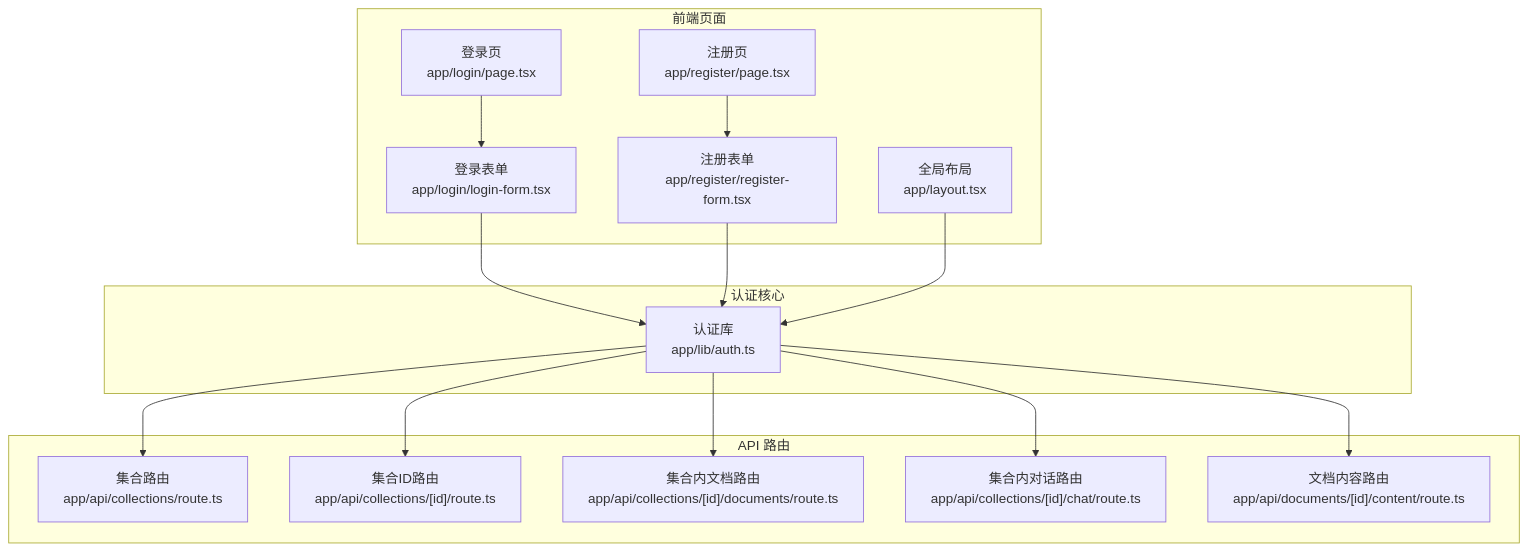
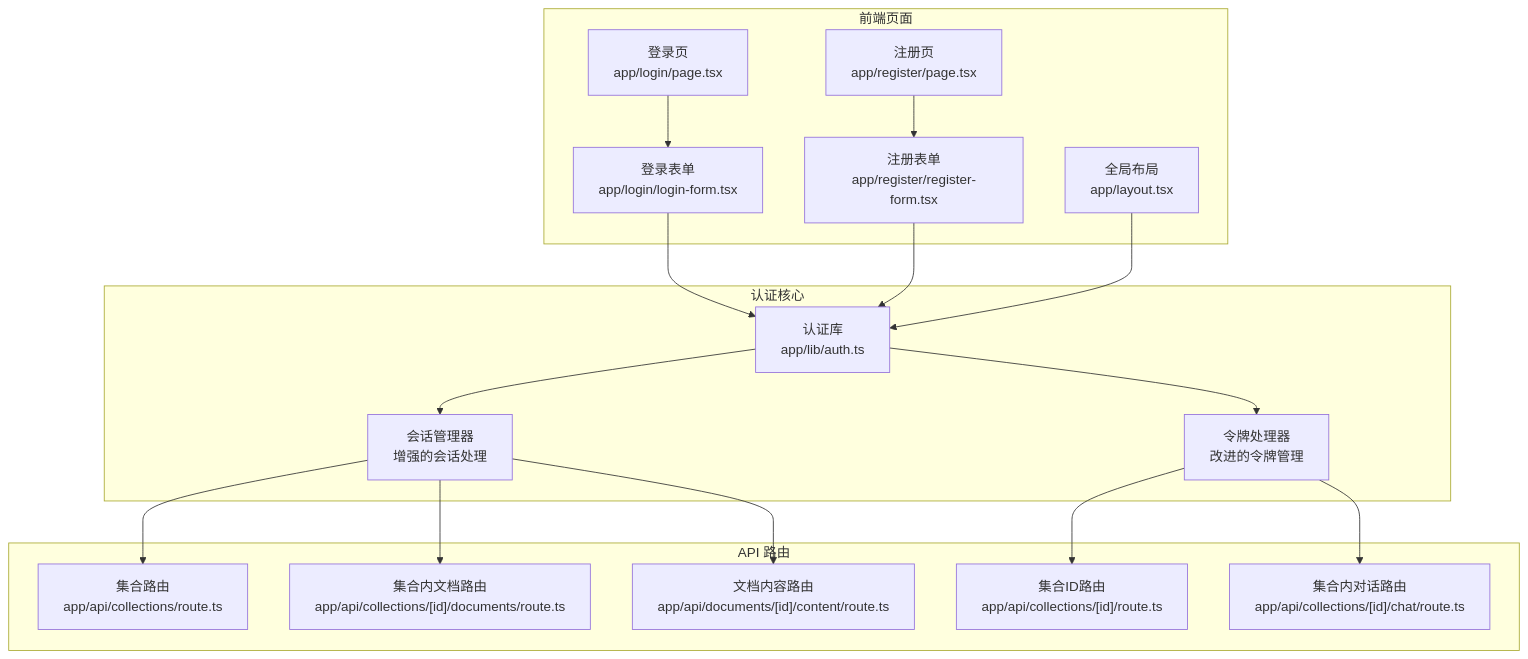
Before and after one commit to wangzihao64/RAG_Front: the first of 6 diagrams in .qoder/repowiki/zh/content/用户认证系统.md, drawn with Mermaid. The commit also changed other lines of this file and 29 other files, not shown here.

````diff
--- a/.qoder/repowiki/zh/content/用户认证系统.md
+++ b/.qoder/repowiki/zh/content/用户认证系统.md
@@ -41,30 +50,34 @@
 ```mermaid
 graph TB
 subgraph "前端页面"
 Login["登录页<br/>app/login/page.tsx"]
 LoginForm["登录表单<br/>app/login/login-form.tsx"]
 Register["注册页<br/>app/register/page.tsx"]
 RegisterForm["注册表单<br/>app/register/register-form.tsx"]
 Layout["全局布局<br/>app/layout.tsx"]
 end
 subgraph "认证核心"
 AuthLib["认证库<br/>app/lib/auth.ts"]
+SessionMgr["会话管理器<br/>增强的会话处理"]
+TokenHandler["令牌处理器<br/>改进的令牌管理"]
 end
 subgraph "API 路由"
 CollectionsRoute["集合路由<br/>app/api/collections/route.ts"]
 CollectionIdRoute["集合ID路由<br/>app/api/collections/[id]/route.ts"]
 DocumentsRoute["集合内文档路由<br/>app/api/collections/[id]/documents/route.ts"]
 ChatRoute["集合内对话路由<br/>app/api/collections/[id]/chat/route.ts"]
 DocContentRoute["文档内容路由<br/>app/api/documents/[id]/content/route.ts"]
 end
 Login --> LoginForm
 Register --> RegisterForm
 LoginForm --> AuthLib
 RegisterForm --> AuthLib
-AuthLib --> CollectionsRoute
-AuthLib --> CollectionIdRoute
-AuthLib --> DocumentsRoute
-AuthLib --> ChatRoute
-AuthLib --> DocContentRoute
+AuthLib --> SessionMgr
+AuthLib --> TokenHandler
+SessionMgr --> CollectionsRoute
+TokenHandler --> CollectionIdRoute
+SessionMgr --> DocumentsRoute
+TokenHandler --> ChatRoute
+SessionMgr --> DocContentRoute
 Layout --> AuthLib
 ```
````
